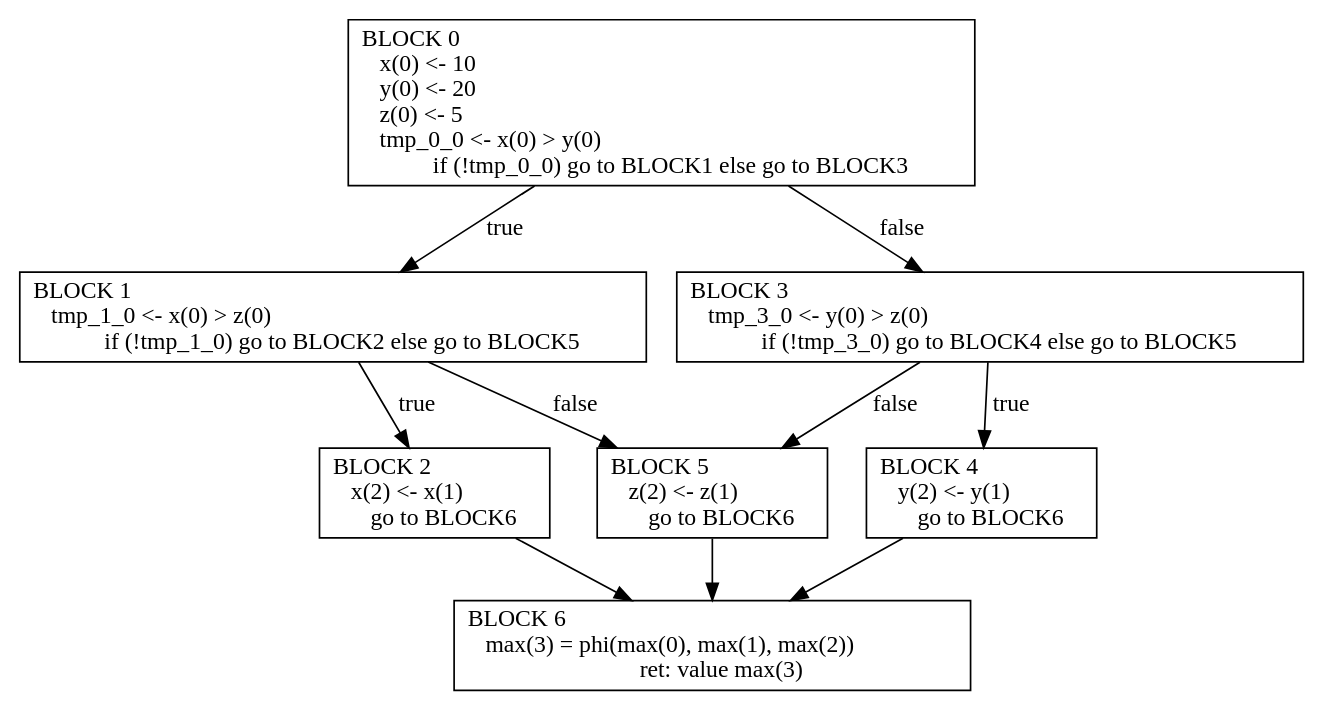
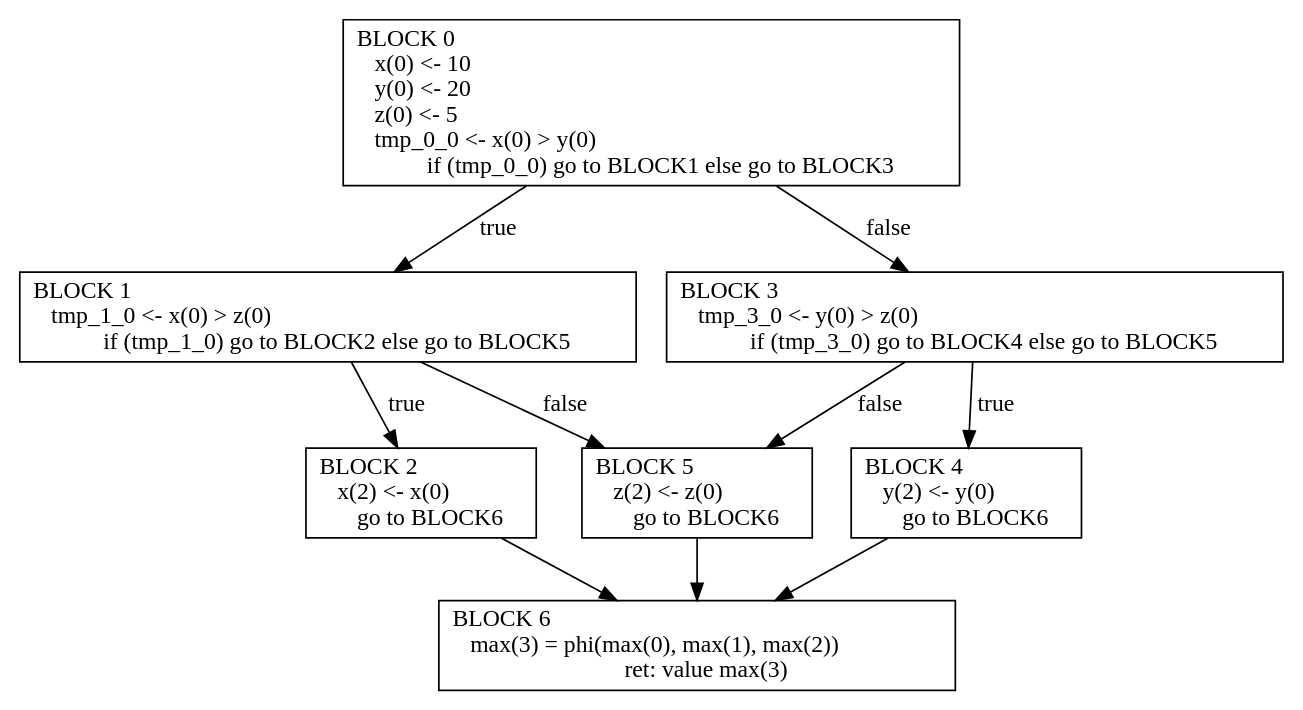
Before and after one commit to ark2016/generation-of-optimal-code: the diagram in lab4/results/example3_ssa.dot, drawn with Graphviz. The commit also changed 22 other files, not shown here.

```diff
--- a/lab4/results/example3_ssa.dot
+++ b/lab4/results/example3_ssa.dot
@@ -1,19 +1,19 @@
 digraph G{
 node [shape=box nojustify=false]
-0 [label="BLOCK 0\l    x(0) <- 10\l    y(0) <- 20\l    z(0) <- 5\l    tmp_0_0 <- x(0) > y(0)\l    if (!tmp_0_0) go to BLOCK1 else go to BLOCK3"]
+0 [label="BLOCK 0\l    x(0) <- 10\l    y(0) <- 20\l    z(0) <- 5\l    tmp_0_0 <- x(0) > y(0)\l    if (tmp_0_0) go to BLOCK1 else go to BLOCK3"]
 0 -> 1 [label=true]
 0 -> 3 [label=false]
-1 [label="BLOCK 1\l    tmp_1_0 <- x(0) > z(0)\l    if (!tmp_1_0) go to BLOCK2 else go to BLOCK5"]
+1 [label="BLOCK 1\l    tmp_1_0 <- x(0) > z(0)\l    if (tmp_1_0) go to BLOCK2 else go to BLOCK5"]
 1 -> 2 [label=true]
 1 -> 5 [label=false]
-2 [label="BLOCK 2\l    x(2) <- x(1)\l    go to BLOCK6"]
+2 [label="BLOCK 2\l    x(2) <- x(0)\l    go to BLOCK6"]
 2 -> 6
-3 [label="BLOCK 3\l    tmp_3_0 <- y(0) > z(0)\l    if (!tmp_3_0) go to BLOCK4 else go to BLOCK5"]
+3 [label="BLOCK 3\l    tmp_3_0 <- y(0) > z(0)\l    if (tmp_3_0) go to BLOCK4 else go to BLOCK5"]
 3 -> 4 [label=true]
 3 -> 5 [label=false]
-4 [label="BLOCK 4\l    y(2) <- y(1)\l    go to BLOCK6"]
+4 [label="BLOCK 4\l    y(2) <- y(0)\l    go to BLOCK6"]
 4 -> 6
-5 [label="BLOCK 5\l    z(2) <- z(1)\l    go to BLOCK6"]
+5 [label="BLOCK 5\l    z(2) <- z(0)\l    go to BLOCK6"]
 5 -> 6
 6 [label="BLOCK 6\l    max(3) = phi(max(0), max(1), max(2))\l    ret: value max(3)"]
 }
```
